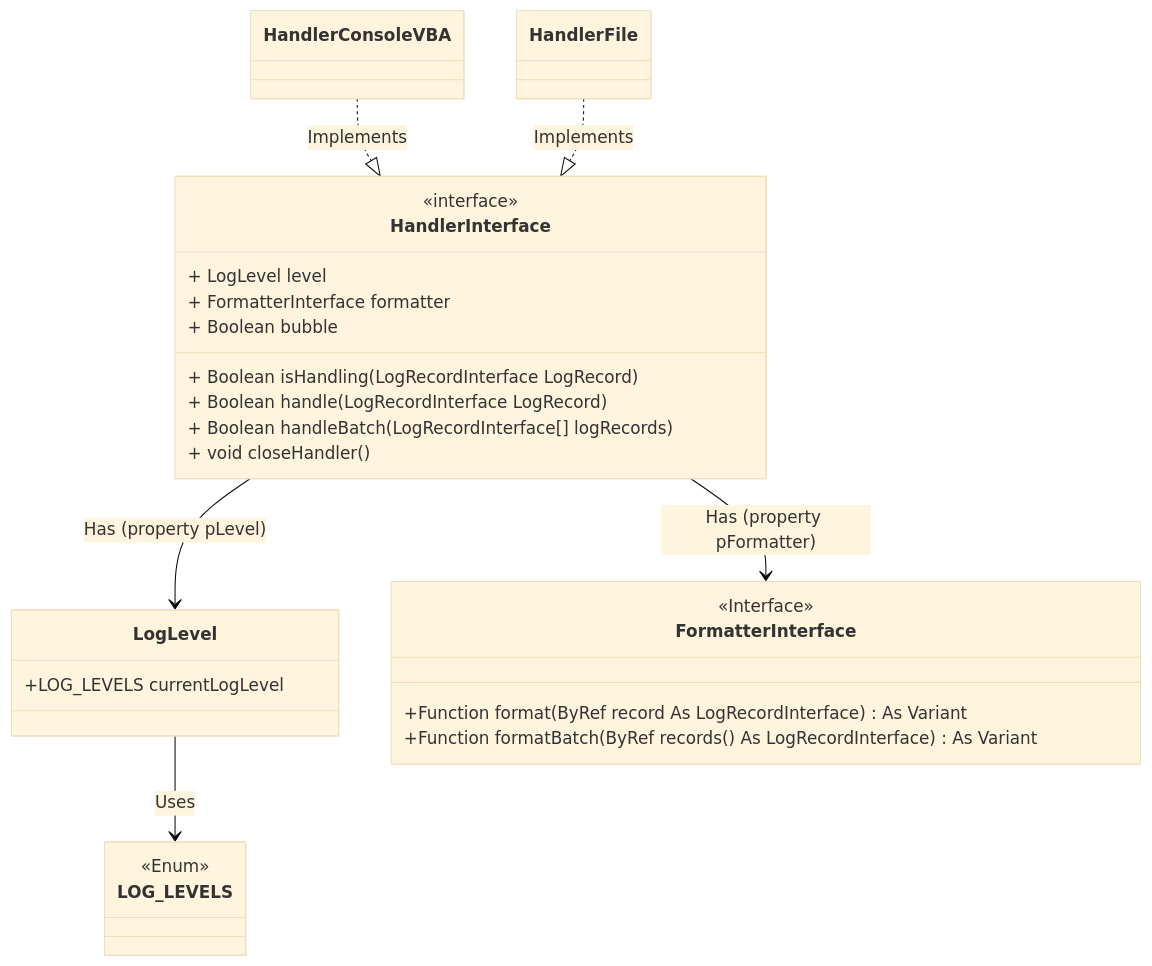
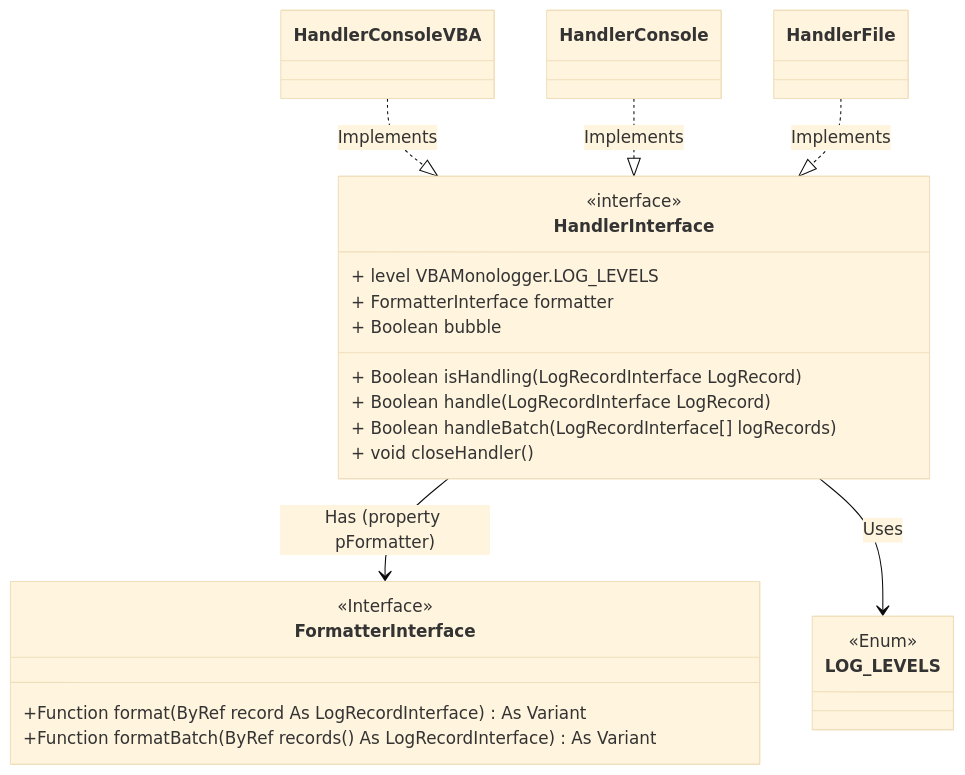
The first of 4 diagrams in docs/src/under-the-hood/handler.md (6i-software/vba-monologger), drawn with Mermaid (base theme) before and after one commit. The commit also changed other lines of this file and 20 other files, not shown here.

````diff
--- a/docs/src/under-the-hood/handler.md
+++ b/docs/src/under-the-hood/handler.md
@@ -11,39 +13,35 @@
 ```mermaid
 classDiagram
     direction TB
     
     class HandlerInterface {
         <<interface>>
-        + LogLevel level
+        + level VBAMonologger.LOG_LEVELS
         + FormatterInterface formatter
         + Boolean bubble
     
         + Boolean isHandling(LogRecordInterface LogRecord)
         + Boolean handle(LogRecordInterface LogRecord)
         + Boolean handleBatch(LogRecordInterface[] logRecords)
         + void closeHandler()
     }
 
-    class LogLevel {
-      +LOG_LEVELS currentLogLevel
-    }
-    
     class LOG_LEVELS {
         <<Enum>>
     }
 
     class FormatterInterface {
         <<Interface>>
         +Function format(ByRef record As LogRecordInterface) As Variant
         +Function formatBatch(ByRef records() As LogRecordInterface) As Variant
     }
 
 
     %% Implementations and relationships
     HandlerConsoleVBA ..|> HandlerInterface: Implements
+    HandlerConsole ..|> HandlerInterface: Implements
     HandlerFile ..|> HandlerInterface: Implements
     
-    HandlerInterface --> LogLevel : Has (property pLevel)
     HandlerInterface --> FormatterInterface : Has (property pFormatter)
-    LogLevel --> LOG_LEVELS : Uses
+    HandlerInterface --> LOG_LEVELS : Uses
 ```
````
